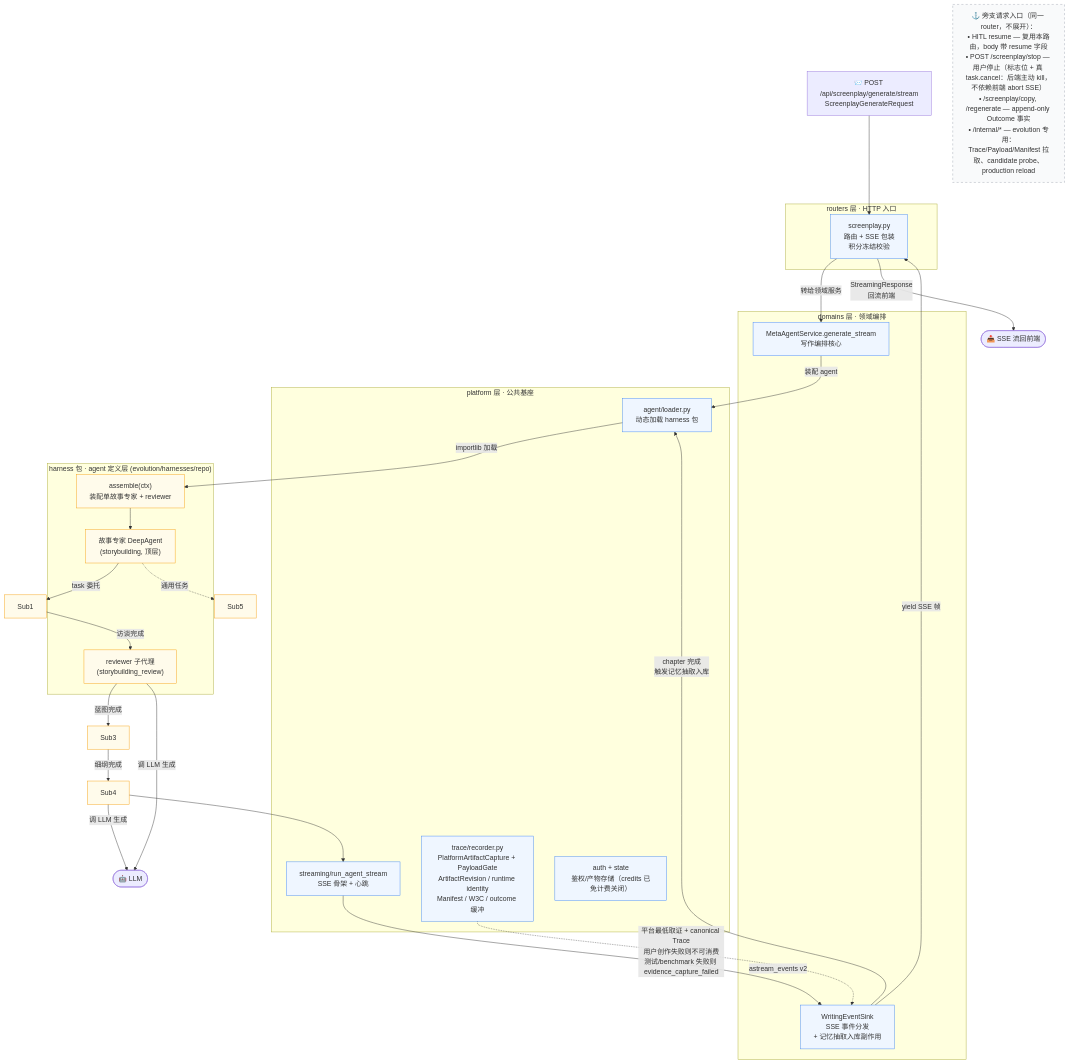
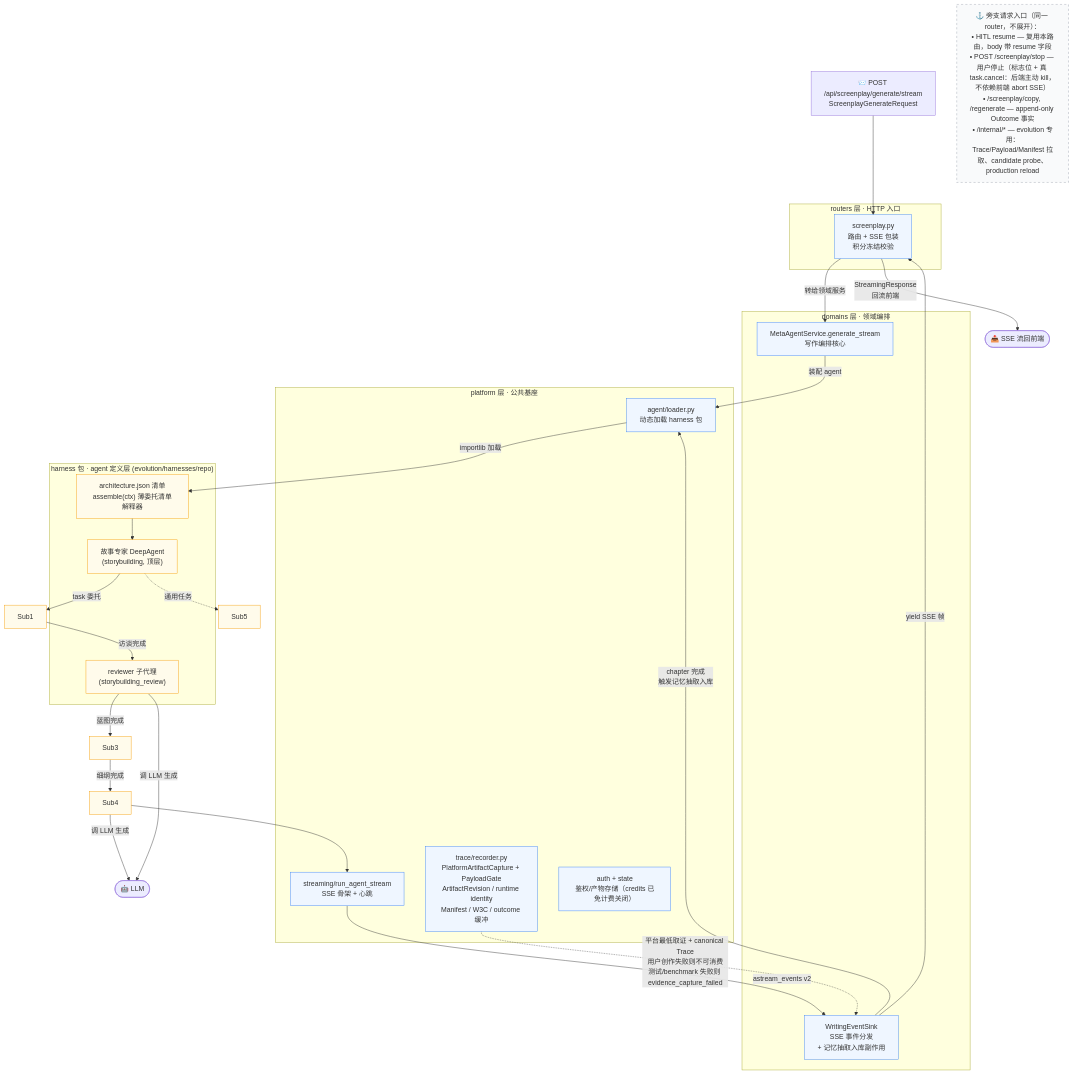
Before and after one commit to gaoshoupaper-code/EvoWriter: the second of 9 diagrams in docs/系统心智模型.md, drawn with Mermaid. The commit also changed other lines of this file and 48 other files, not shown here.

````diff
--- a/docs/系统心智模型.md
+++ b/docs/系统心智模型.md
@@ -134,61 +134,61 @@
 ```mermaid
 flowchart TD
     Req["📨 POST /api/screenplay/generate/stream<br/>ScreenplayGenerateRequest"]
 
     subgraph L_Routers["routers 层 · HTTP 入口"]
         R1["screenplay.py<br/>路由 + SSE 包装<br/>积分冻结校验"]
     end
 
     subgraph L_Domains["domains 层 · 领域编排"]
         D1["MetaAgentService.generate_stream<br/>写作编排核心"]
         D2["WritingEventSink<br/>SSE 事件分发<br/>+ 记忆抽取入库副作用"]
     end
 
     subgraph L_Platform["platform 层 · 公共基座"]
         P1["agent/loader.py<br/>动态加载 harness 包"]
         P2["streaming/run_agent_stream<br/>SSE 骨架 + 心跳"]
         P3["trace/recorder.py<br/>PlatformArtifactCapture + PayloadGate<br/>ArtifactRevision / runtime identity<br/>Manifest / W3C / outcome 缓冲"]
         P4["auth + state<br/>鉴权/产物存储（credits 已免计费关闭）"]
     end
 
     subgraph L_Harness["harness 包 · agent 定义层 (evolution/harnesses/repo)"]
-        H1["assemble(ctx)<br/>装配单故事专家 + reviewer"]
+        H1["architecture.json 清单<br/>assemble(ctx) 薄委托清单解释器"]
         Meta["故事专家 DeepAgent<br/>(storybuilding, 顶层)"]
         Sub2["reviewer 子代理<br/>(storybuilding_review)"]
     end
 
     LLM(["🤖 LLM"])
 
     %% 主线
     Req --> R1
     R1 -->|"转给领域服务"| D1
     D1 -->|"装配 agent"| P1
     P1 -->|"importlib 加载"| H1
     H1 --> Meta
     Meta -->|"task 委托"| Sub1
     Sub1 -->|"访谈完成"| Sub2
     Sub2 -->|"蓝图完成"| Sub3
     Sub3 -->|"细纲完成"| Sub4
     Meta -.->|"通用任务"| Sub5
     Sub4 --> P2
     Sub2 & Sub4 -->|"调 LLM 生成"| LLM
 
     %% 回流
     P2 -->|"astream_events v2"| D2
     D2 -->|"yield SSE 帧"| R1
     P3 -.->|"平台最低取证 + canonical Trace<br/>用户创作失败则不可消费<br/>测试/benchmark 失败则 evidence_capture_failed"| D2
     D2 -->|"chapter 完成<br/>触发记忆抽取入库"| P1
 
     R1 -->|"StreamingResponse<br/>回流前端"| Out(["📤 SSE 流回前端"])
 
     %% 旁支锚点
     Anchor["⚓ 旁支请求入口（同一 router，不展开）：<br/>• HITL resume — 复用本路由，body 带 resume 字段<br/>• POST /screenplay/stop — 用户停止（标志位 + 真 task.cancel：后端主动 kill，不依赖前端 abort SSE）<br/>• /screenplay/copy, /regenerate — append-only Outcome 事实<br/>• /internal/* — evolution 专用：Trace/Payload/Manifest 拉取、candidate probe、production reload"]
 
     classDef layer fill:#eff6ff,stroke:#3b82f6
     classDef harness fill:#fffbeb,stroke:#f59e0b
     classDef anchor fill:#f9fafb,stroke:#9ca3af,stroke-dasharray: 5 5
 
     class R1,D1,D2,P1,P2,P3,P4 layer
     class H1,Meta,Sub1,Sub2,Sub3,Sub4,Sub5 harness
     class Anchor anchor
 ```
````
